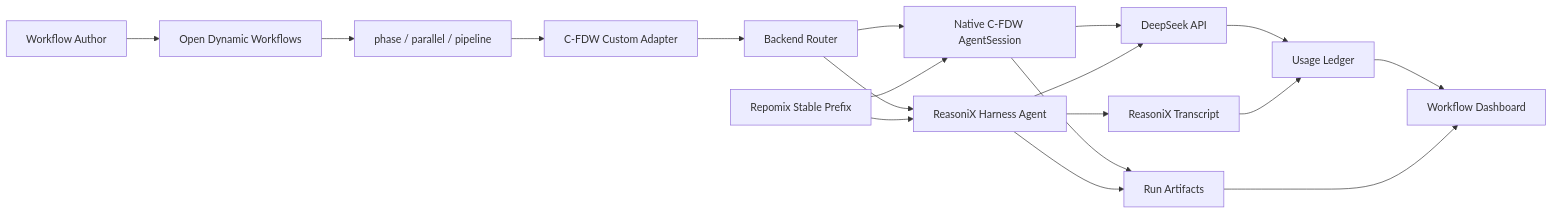
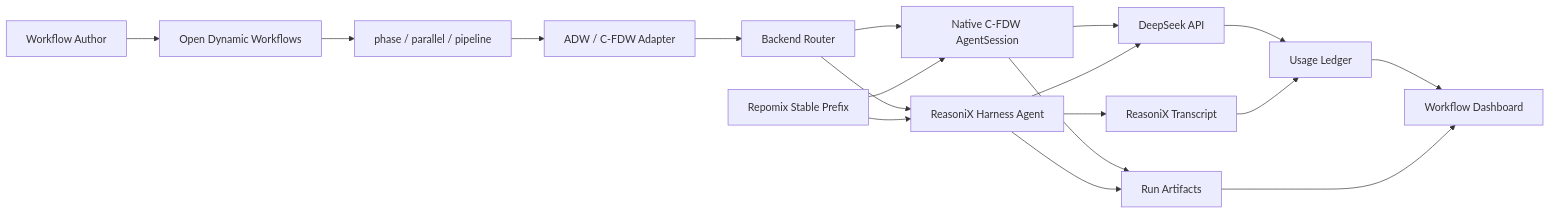
Before and after one commit to giao-123-sun/Deepseek-Dynamic-Workflow: the diagram in README.md, drawn with Mermaid. The commit also changed other lines of this file and 1 other file, not shown here.

````diff
--- a/README.md
+++ b/README.md
@@ -64,20 +83,20 @@
 ```mermaid
 flowchart LR
   Author["Workflow Author"] --> ODW["Open Dynamic Workflows"]
   ODW --> Phase["phase / parallel / pipeline"]
-  Phase --> Adapter["C-FDW Custom Adapter"]
+  Phase --> Adapter["ADW / C-FDW Adapter"]
   Adapter --> Router["Backend Router"]
   Router --> Native["Native C-FDW AgentSession"]
   Router --> RX["ReasoniX Harness Agent"]
   Native --> DS["DeepSeek API"]
   RX --> DS
   Prefix["Repomix Stable Prefix"] --> Native
   Prefix --> RX
   DS --> Usage["Usage Ledger"]
   RX --> Transcript["ReasoniX Transcript"]
   Native --> Artifacts["Run Artifacts"]
   RX --> Artifacts
   Usage --> Dashboard["Workflow Dashboard"]
   Transcript --> Usage
   Artifacts --> Dashboard
 ```
````
